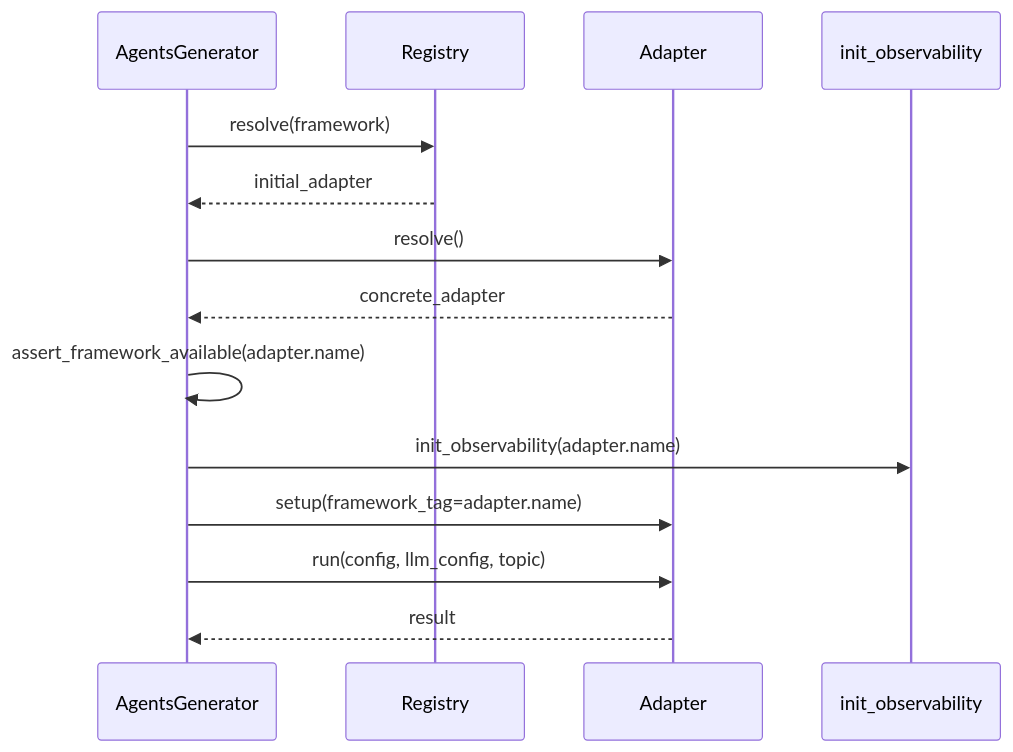
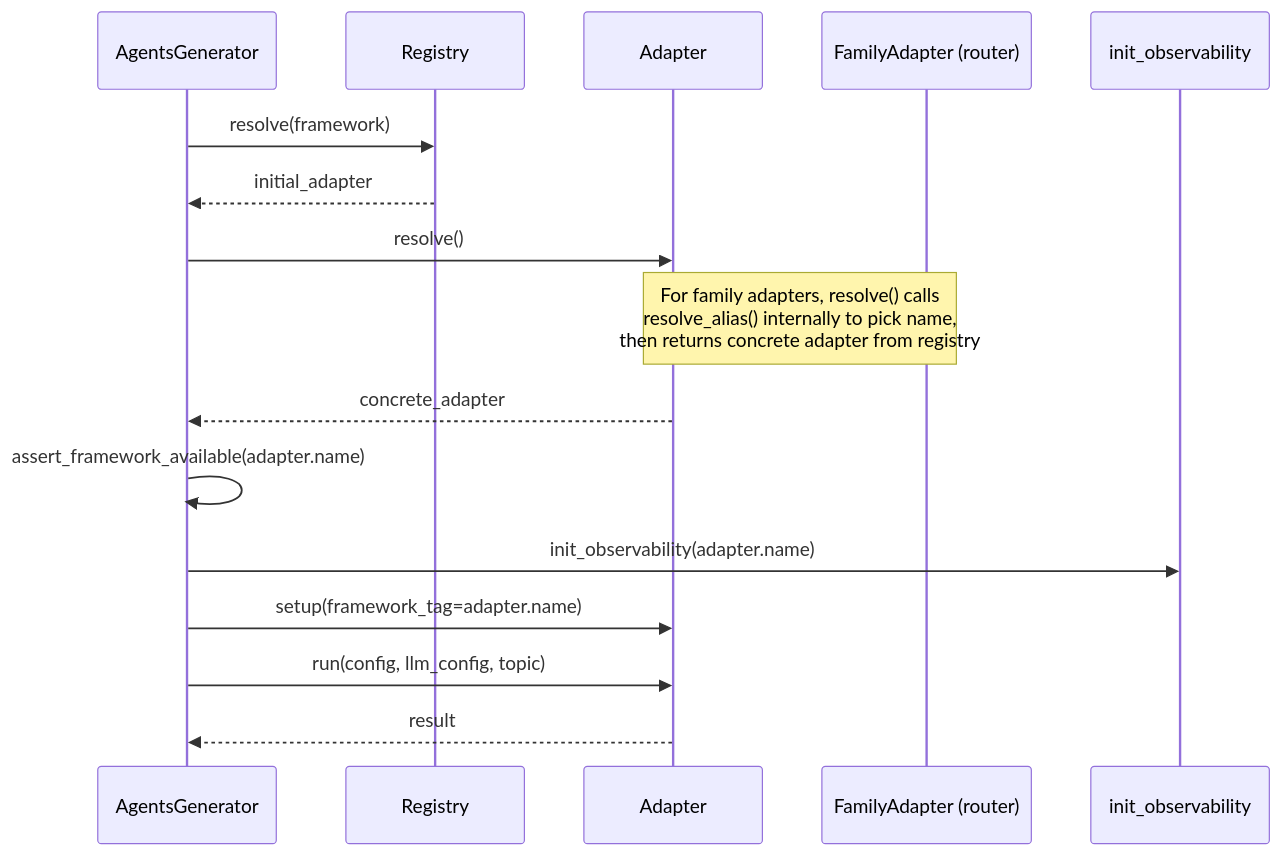
The third of 3 diagrams in docs/features/framework-adapter-plugins.mdx (MervinPraison/PraisonAIDocs), drawn with Mermaid before and after one commit. The commit also changed other lines of this file and 3 other files, not shown here.

First line of the commit message:
docs: update AutoGen docs for PR #2086 stubs, family router, autogen_v2 alias (fixes #718)

````diff
--- a/docs/features/framework-adapter-plugins.mdx
+++ b/docs/features/framework-adapter-plugins.mdx
@@ -190,17 +273,19 @@
 ```mermaid
 sequenceDiagram
     participant Gen as AgentsGenerator
     participant Reg as Registry
     participant Adapter
+    participant FamilyAdapter as FamilyAdapter (router)
     participant Obs as init_observability
 
     Gen->>Reg: resolve(framework)
     Reg-->>Gen: initial_adapter
     Gen->>Adapter: resolve()
+    Note over Adapter,FamilyAdapter: For family adapters, resolve() calls<br/>resolve_alias() internally to pick name,<br/>then returns concrete adapter from registry
     Adapter-->>Gen: concrete_adapter
     Gen->>Gen: assert_framework_available(adapter.name)
     Gen->>Obs: init_observability(adapter.name)
     Gen->>Adapter: setup(framework_tag=adapter.name)
     Gen->>Adapter: run(config, llm_config, topic)
     Adapter-->>Gen: result
 ```
````
